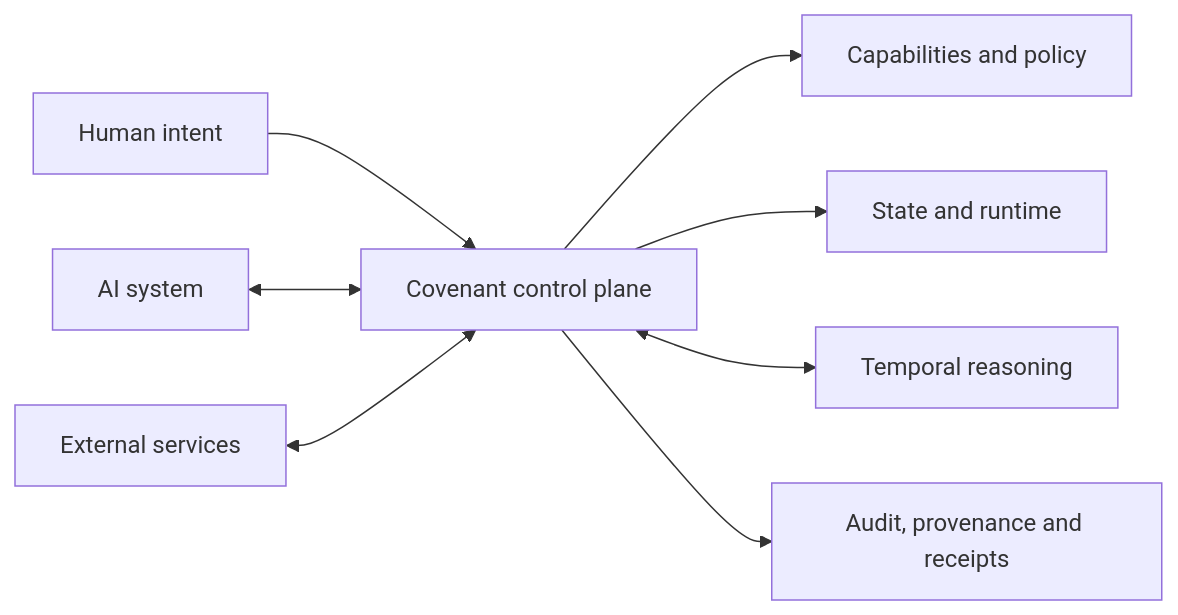
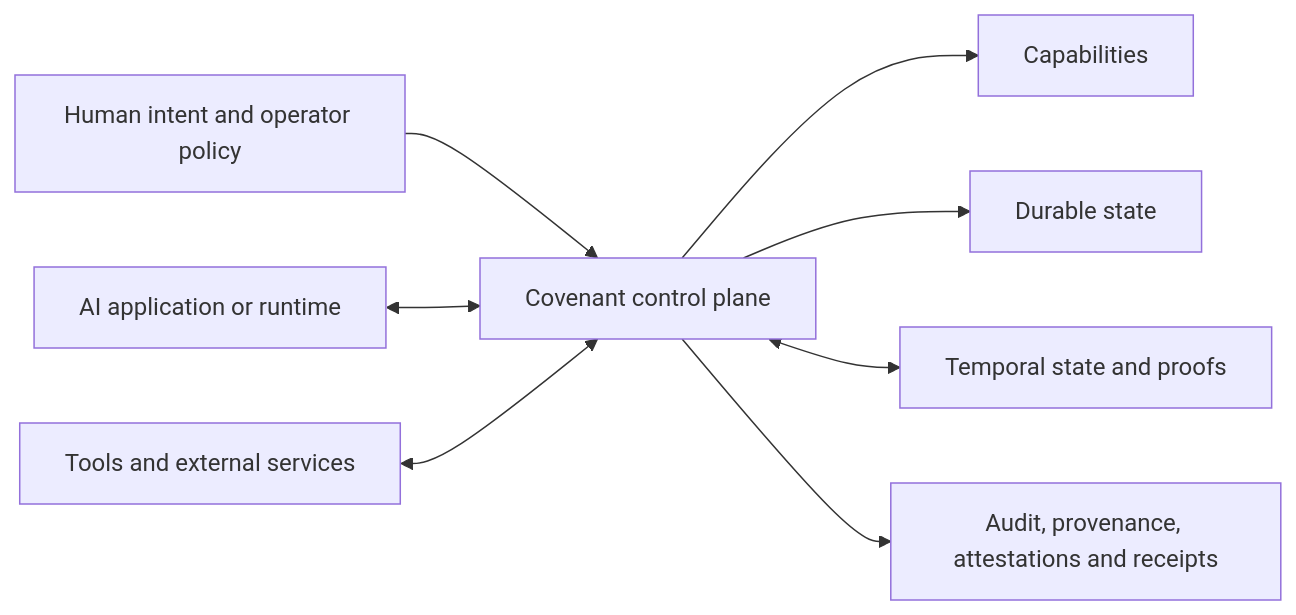
One commit to open-covenant/.github changed the diagram in profile/README.md. Above: the diagram before and after it, drawn with Mermaid. The commit also changed other lines of this file, not shown here.

````diff
--- a/profile/README.md
+++ b/profile/README.md
@@ -71,10 +61,10 @@
 ```mermaid
 flowchart LR
-    intent["Human intent"] --> core["Covenant control plane"]
-    model["AI system"] <--> core
-    core --> authority["Capabilities and policy"]
-    core --> continuity["State and runtime"]
-    core <--> timeline["Temporal reasoning"]
-    core --> evidence["Audit, provenance and receipts"]
-    services["External services"] <--> core
+    intent["Human intent and operator policy"] --> core["Covenant control plane"]
+    app["AI application or runtime"] <--> core
+    core --> authority["Capabilities"]
+    core --> continuity["Durable state"]
+    core <--> timeline["Temporal state and proofs"]
+    core --> evidence["Audit, provenance, attestations and receipts"]
+    tools["Tools and external services"] <--> core
 ```
````
